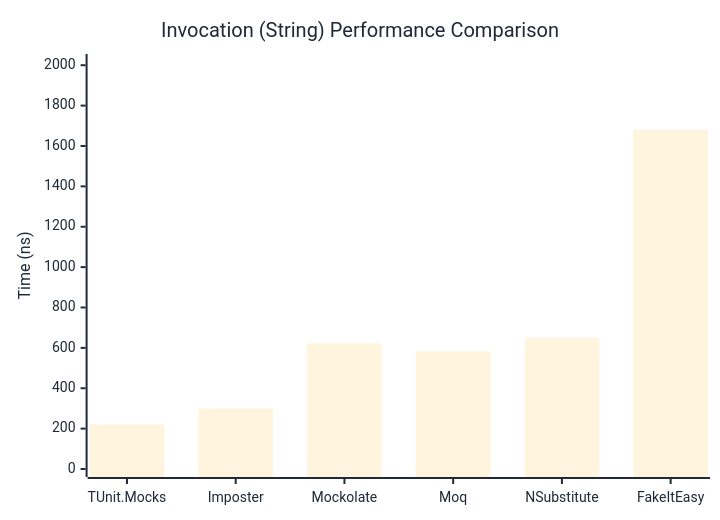
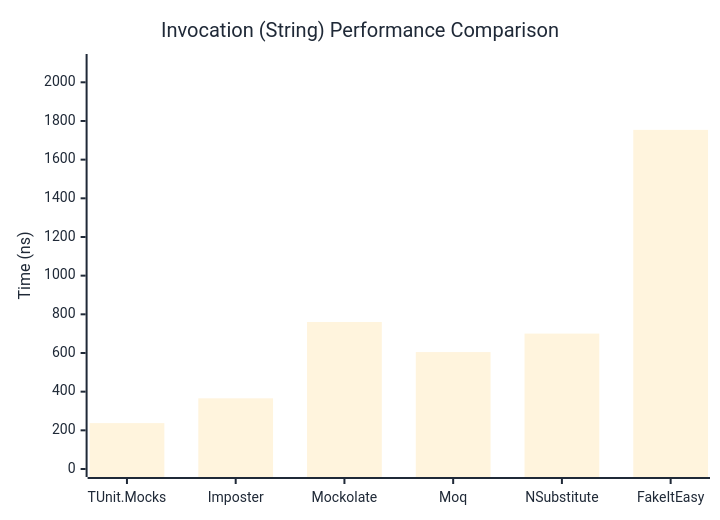
The second of 3 diagrams in docs/docs/benchmarks/mocks/Invocation.md (thomhurst/TUnit), drawn with Mermaid before and after one commit. The commit also changed other lines of this file and 13 other files, not shown here.

````diff
--- a/docs/docs/benchmarks/mocks/Invocation.md
+++ b/docs/docs/benchmarks/mocks/Invocation.md
@@ -69,27 +69,27 @@
 ```mermaid
 %%{init: {
   'theme':'base',
   'themeVariables': {
     'primaryColor': '#2563eb',
     'primaryTextColor': '#1f2937',
     'primaryBorderColor': '#1e40af',
     'lineColor': '#6b7280',
     'secondaryColor': '#7c3aed',
     'tertiaryColor': '#dc2626',
     'background': '#ffffff',
     'pie1': '#2563eb',
     'pie2': '#7c3aed',
     'pie3': '#dc2626',
     'pie4': '#f59e0b',
     'pie5': '#10b981',
     'pie6': '#06b6d4',
     'pie7': '#ec4899',
     'pie8': '#6366f1'
   }
 }}%%
 xychart-beta
   title "Invocation (String) Performance Comparison"
   x-axis ["TUnit.Mocks", "Imposter", "Mockolate", "Moq", "NSubstitute", "FakeItEasy"]
-  y-axis "Time (ns)" 0 --> 2016
-  bar [220.8, 299.9, 621.9, 582.4, 650.2, 1679.4]
+  y-axis "Time (ns)" 0 --> 2105
+  bar [237.3, 365.5, 760.2, 604.7, 700.3, 1754]
 ```
````
